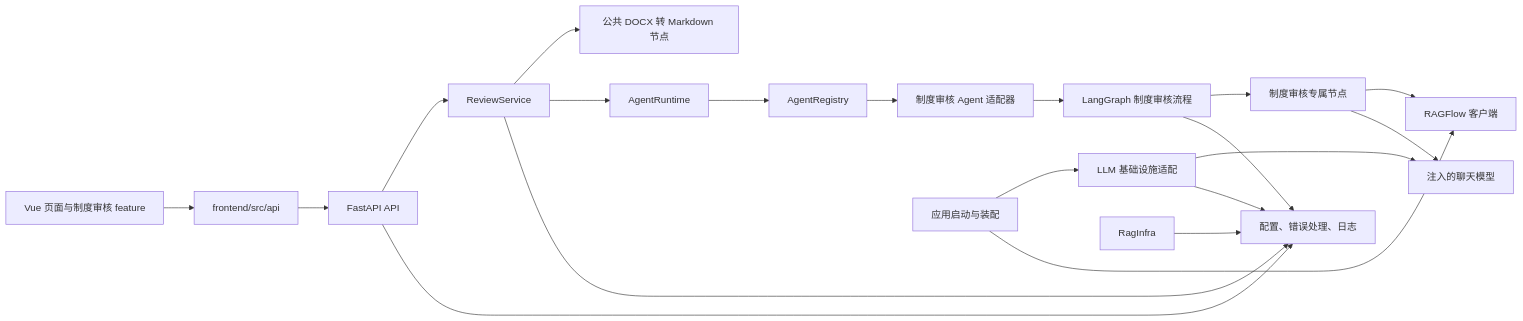
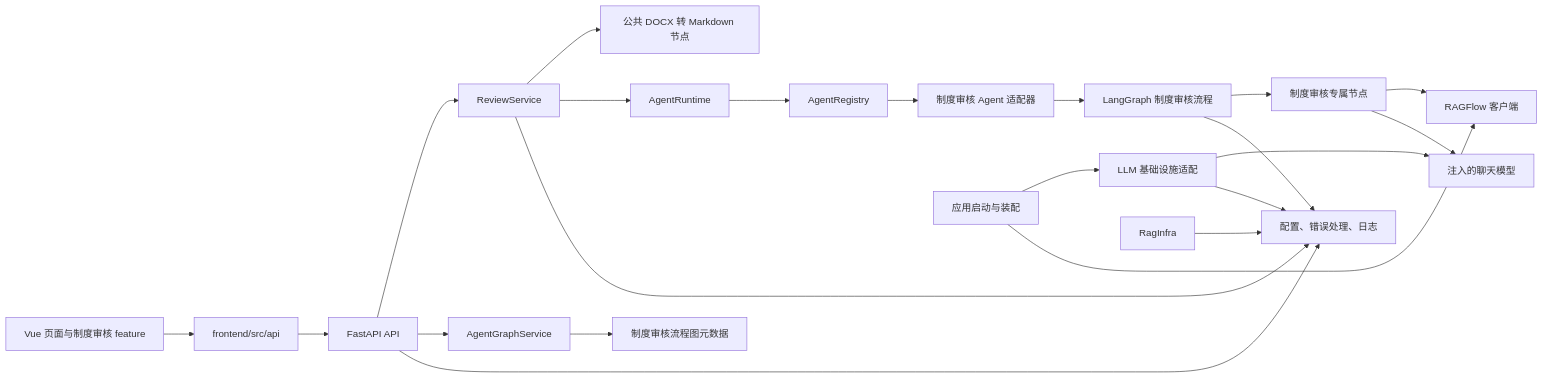
Before and after one commit to LiuEhe/AgentPlatform: the diagram in docs/ai-coding/architecture-rules.md, drawn with Mermaid. The commit also changed other lines of this file and 3 other files, not shown here.

````diff
--- a/docs/ai-coding/architecture-rules.md
+++ b/docs/ai-coding/architecture-rules.md
@@ -7,22 +7,24 @@
 ```mermaid
 flowchart LR
   UI[Vue 页面与制度审核 feature] --> APIClient[frontend/src/api]
   APIClient --> HTTP[FastAPI API]
   HTTP --> ReviewService[ReviewService]
+  HTTP --> AgentGraphService[AgentGraphService]
+  AgentGraphService --> GraphMetadata[制度审核流程图元数据]
   ReviewService --> DocNode[公共 DOCX 转 Markdown 节点]
   ReviewService --> Runtime[AgentRuntime]
   Runtime --> Registry[AgentRegistry]
   Registry --> Adapter[制度审核 Agent 适配器]
   Adapter --> Graph[LangGraph 制度审核流程]
   Graph --> AgentNodes[制度审核专属节点]
   AgentNodes --> RagClient[RAGFlow 客户端]
   AgentNodes --> Model[注入的聊天模型]
   Main[应用启动与装配] --> LLMInfra[LLM 基础设施适配]
   LLMInfra --> Model
   Main --> RagClient
   HTTP --> Core[配置、错误处理、日志]
   ReviewService --> Core
   Graph --> Core
   LLMInfra --> Core
   RagInfra --> Core
 ```
````
